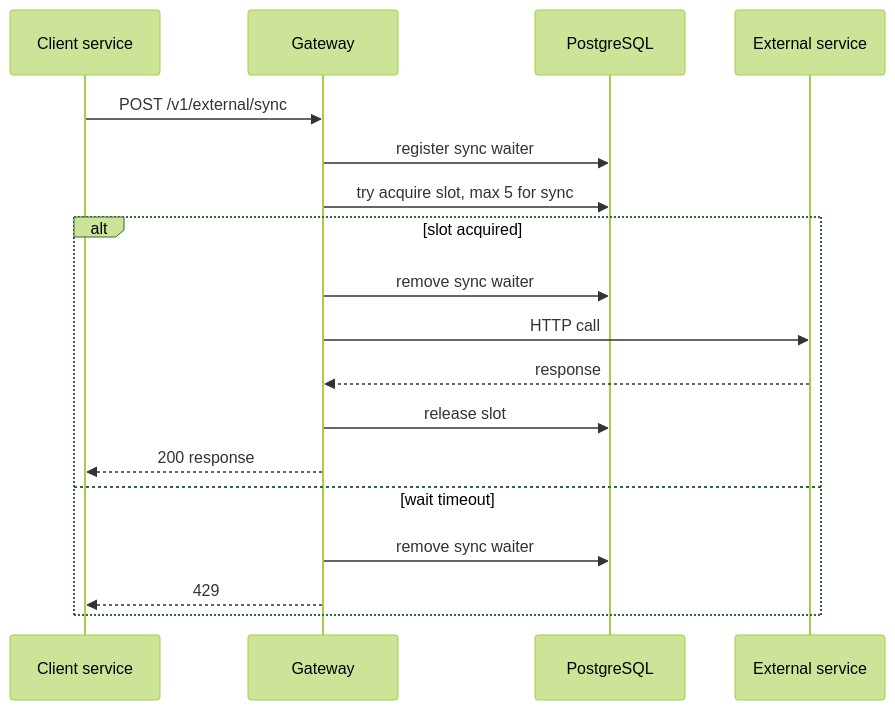
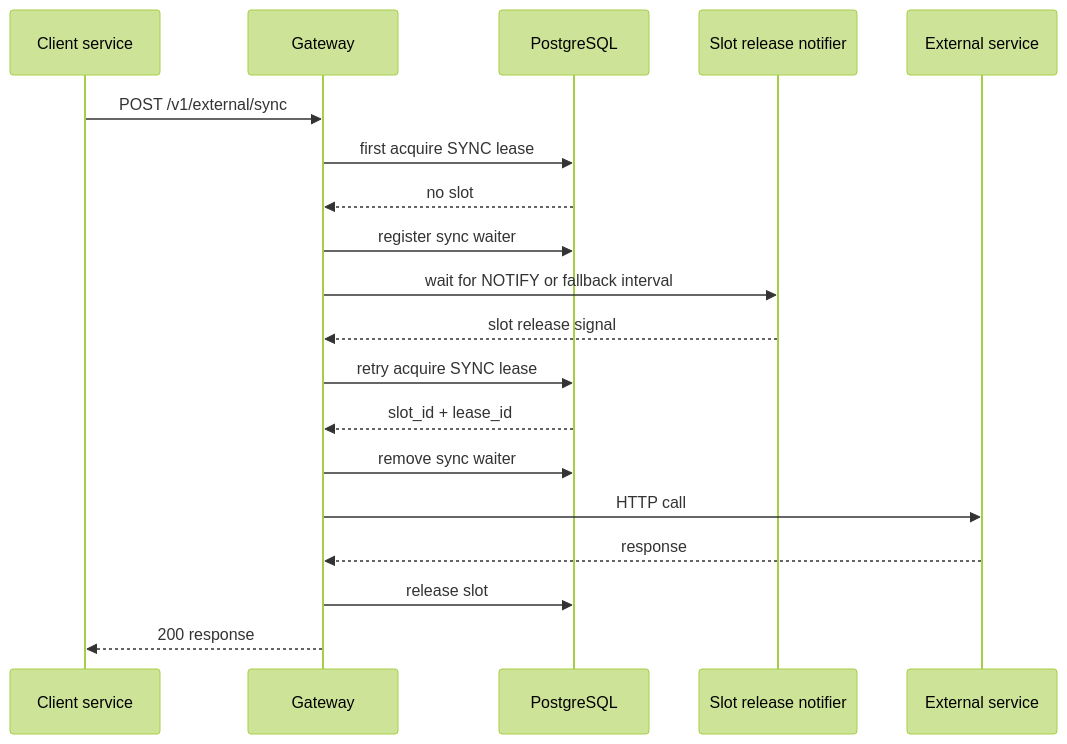
The third of 6 diagrams in docs/external-service-gateway/README.md (DenisVanin4402/TestQwenCli), drawn with Mermaid (forest theme) before and after one commit. The commit also changed other lines of this file and 26 other files, not shown here.

Commit message:
sync\async api (first init) - 2

````diff
--- a/docs/external-service-gateway/README.md
+++ b/docs/external-service-gateway/README.md
@@ -135,21 +157,22 @@
 ```mermaid
 sequenceDiagram
     participant C as Client service
     participant G as Gateway
     participant DB as PostgreSQL
+    participant N as Slot release notifier
     participant E as External service
 
     C->>G: POST /v1/external/sync
+    G->>DB: first acquire SYNC lease
+    DB-->>G: no slot
     G->>DB: register sync waiter
-    G->>DB: try acquire slot, max 5 for sync
-    alt slot acquired
-        G->>DB: remove sync waiter
-        G->>E: HTTP call
-        E-->>G: response
-        G->>DB: release slot
-        G-->>C: 200 response
-    else wait timeout
-        G->>DB: remove sync waiter
-        G-->>C: 429
-    end
+    G->>N: wait for NOTIFY or fallback interval
+    N-->>G: slot release signal
+    G->>DB: retry acquire SYNC lease
+    DB-->>G: slot_id + lease_id
+    G->>DB: remove sync waiter
+    G->>E: HTTP call
+    E-->>G: response
+    G->>DB: release slot
+    G-->>C: 200 response
 ```
````
